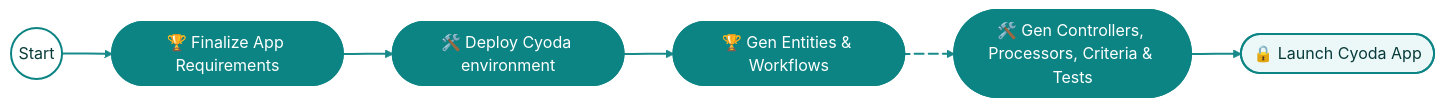
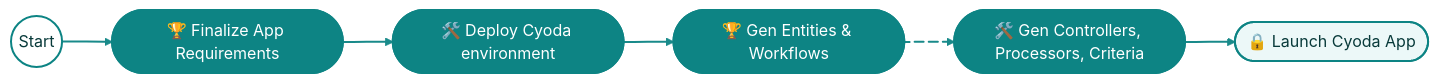
The diagram in workflow_configs/messages/notify_project_compiled_f5g6/message.md (Cyoda-platform/ai-assistant), drawn with Mermaid before and after one commit. The commit also changed 75 other files, not shown here.

````diff
--- a/workflow_configs/messages/notify_project_compiled_f5g6/message.md
+++ b/workflow_configs/messages/notify_project_compiled_f5g6/message.md
@@ -7,22 +7,22 @@
 ```mermaid
 %%{init: {'theme':'base','themeVariables':{
   'primaryColor':'#ECF8F8','primaryTextColor':'#083A3A','primaryBorderColor':'#0D8484',
   'lineColor':'#0D8484','fontFamily':'Inter, Arial, sans-serif','edgeLabelBackground':'#FFFFFF'
 }}}%%
 graph LR
     S((Start)):::start ==> A([🏆 Finalize App Requirements]):::done
     A e1@ ==> B([🛠️ Deploy Cyoda environment]):::done
     B e2@ ==> C([🏆 Gen Entities & Workflows]):::done
-    C e3@ ==> D([🛠️ Gen Controllers, Processors, Criteria & Tests]):::done
+    C e3@ ==> D([🛠️ Gen Controllers, Processors, Criteria]):::done
     D e4@ ==> E([🔒 Launch Cyoda App]):::bar
 
     %% animate handoff to next step (D)
     e3@{ animate: true }
 
     classDef start fill:#FFFFFF,stroke:#0D8484,stroke-width:2px,color:#083A3A
     classDef bar   fill:#ECF8F8,stroke:#0D8484,stroke-width:2px,rx:12,ry:12,color:#083A3A
     classDef done  fill:#0D8484,stroke:#0D8484,stroke-width:2px,rx:12,ry:12,color:#FFFFFF
     classDef next  fill:#FFFFFF,stroke:#0D8484,stroke-width:3px,stroke-dasharray:6 4,rx:12,ry:12,color:#083A3A
     linkStyle default stroke:#0D8484,stroke-width:2px,opacity:0.95
 
 ```
````
